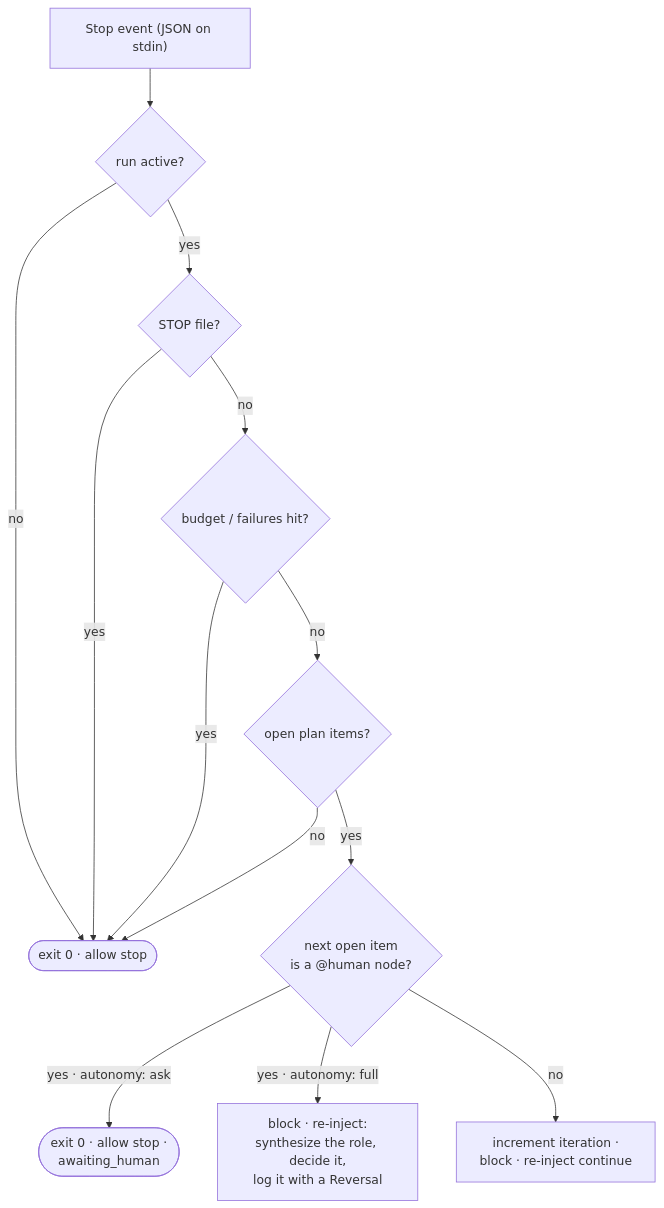
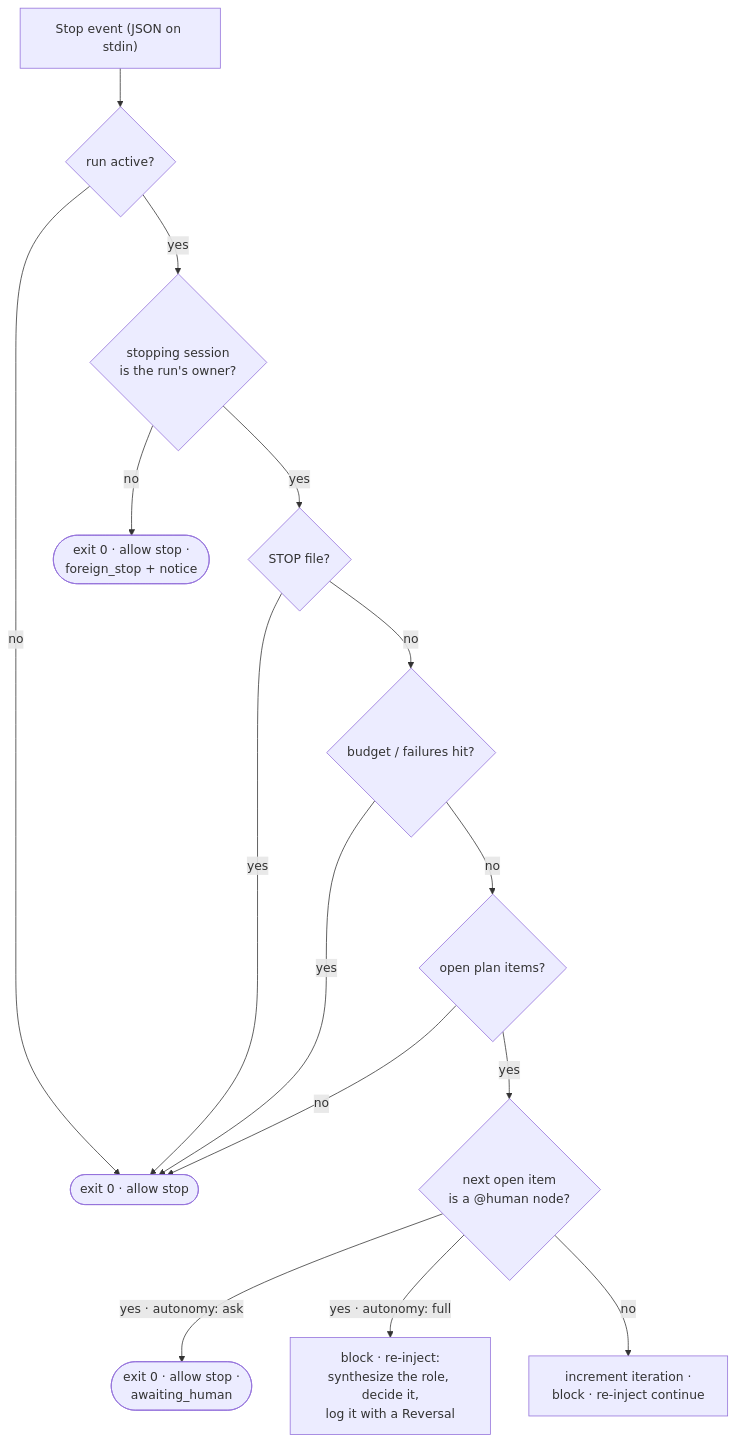
One commit to Jonhvmp/leopold changed the first of 2 diagrams in docs/reference/hooks.md. Above: the diagram before and after it, drawn with Mermaid. The commit also changed other lines of this file and 32 other files, not shown here.

````diff
--- a/docs/reference/hooks.md
+++ b/docs/reference/hooks.md
@@ -21,15 +21,17 @@
 ```mermaid
 flowchart TD
     In["Stop event (JSON on stdin)"] --> Active{run active?}
     Active -- no --> Allow([exit 0 · allow stop])
-    Active -- yes --> Kill{STOP file?}
+    Active -- yes --> Owner{"stopping session<br/>is the run's owner?"}
+    Owner -- no --> Foreign(["exit 0 · allow stop ·<br/>foreign_stop + notice"])
+    Owner -- yes --> Kill{STOP file?}
     Kill -- yes --> Allow
     Kill -- no --> Budget{budget / failures hit?}
     Budget -- yes --> Allow
     Budget -- no --> Plan{open plan items?}
     Plan -- no --> Allow
     Plan -- yes --> Human{"next open item<br/>is a @human node?"}
     Human -- "yes · autonomy: ask" --> Ask(["exit 0 · allow stop ·<br/>awaiting_human"])
     Human -- "yes · autonomy: full" --> Persona["block · re-inject:<br/>synthesize the role, decide it,<br/>log it with a Reversal"]
     Human -- no --> Block["increment iteration ·<br/>block · re-inject continue"]
 ```
````
